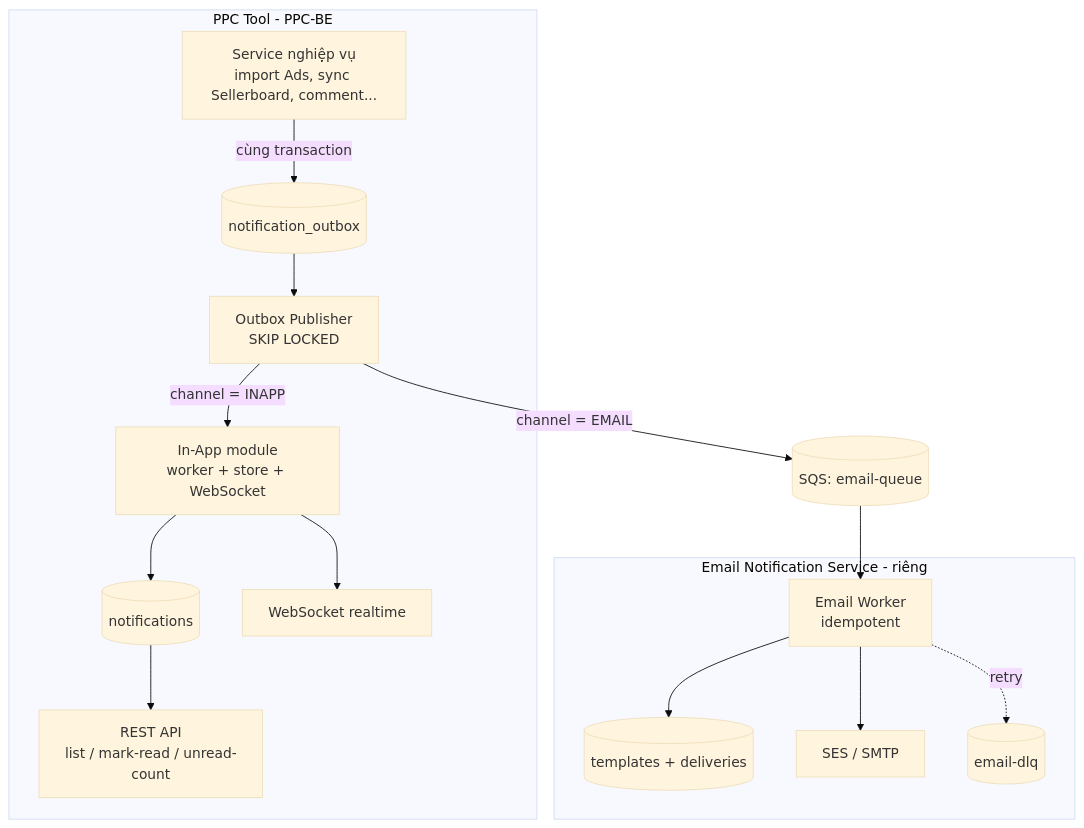
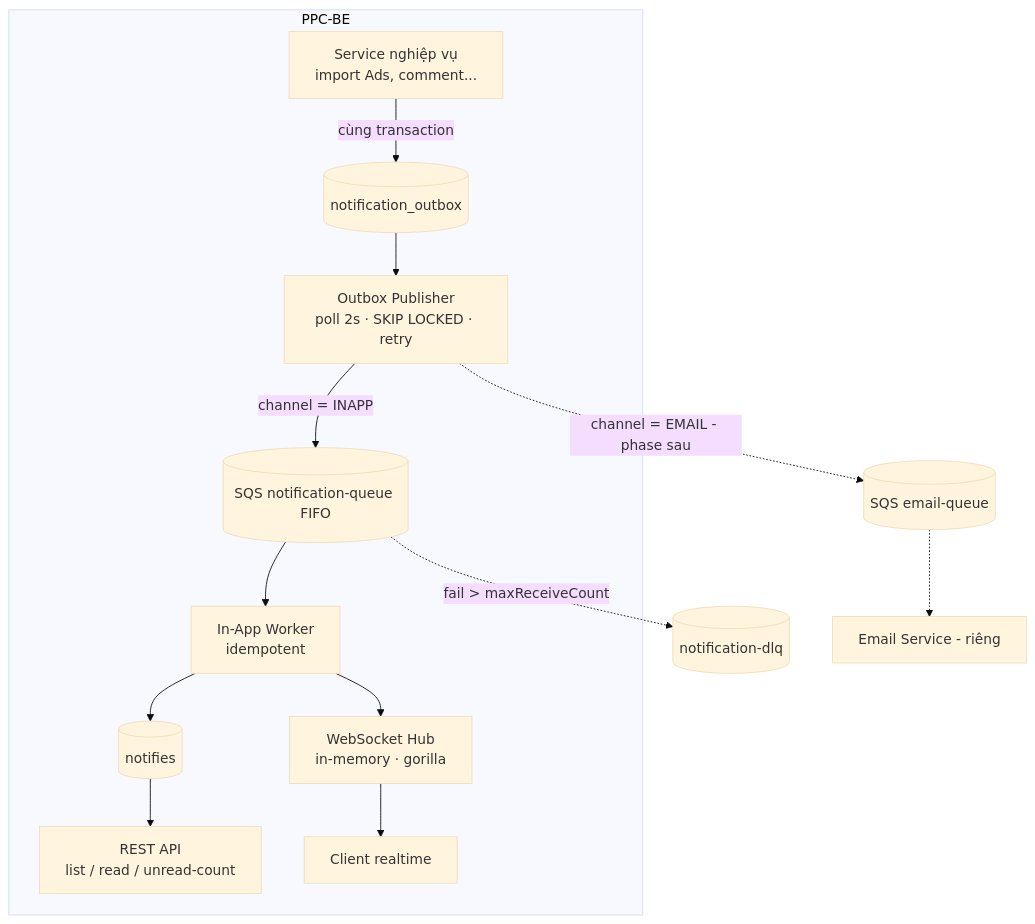
Before and after one commit to thanhncTeecom/View-Document-Readme: the first of 6 diagrams in technical-proposal-notification-system.md, drawn with Mermaid (base theme). The commit also changed other lines of this file, not shown here.

````diff
--- a/technical-proposal-notification-system.md
+++ b/technical-proposal-notification-system.md
@@ -36,28 +36,26 @@
 ```mermaid
 flowchart TD
-    subgraph PPC[PPC Tool - PPC-BE]
-        SVC[Service nghiệp vụ<br/>import Ads, sync Sellerboard, comment...]
+    subgraph PPC[PPC-BE]
+        SVC[Service nghiệp vụ<br/>import Ads, comment...]
         OB[(notification_outbox)]
-        INAPP[In-App module<br/>worker + store + WebSocket]
-        NDB[(notifications)]
-        PUB[Outbox Publisher<br/>SKIP LOCKED]
-        API[REST API<br/>list / mark-read / unread-count]
+        PUB[Outbox Publisher<br/>poll 2s · SKIP LOCKED · retry]
+        Q1[(SQS notification-queue FIFO)]
+        W[In-App Worker<br/>idempotent]
+        NDB[(notifies)]
+        HUB[WebSocket Hub<br/>in-memory · gorilla]
+        API[REST API<br/>list / read / unread-count]
+
         SVC -->|cùng transaction| OB
         OB --> PUB
-        PUB -->|channel = INAPP| INAPP
-        INAPP --> NDB
-        INAPP --> WS[WebSocket realtime]
+        PUB -->|channel = INAPP| Q1
+        Q1 --> W
+        W --> NDB
+        W --> HUB
+        HUB --> FE1[Client realtime]
         NDB --> API
     end
 
-    PUB -->|channel = EMAIL| Q[(SQS: email-queue)]
-
-    subgraph EMAIL[Email Notification Service - riêng]
-        EW[Email Worker<br/>idempotent]
-        TPL[(templates + deliveries)]
-        EW --> TPL
-        EW --> SES[SES / SMTP]
-        EW -. retry .-> DLQ[(email-dlq)]
-    end
-    Q --> EW
+    Q1 -. fail > maxReceiveCount .-> DLQ1[(notification-dlq)]
+    PUB -.->|channel = EMAIL - phase sau| Q2[(SQS email-queue)]
+    Q2 -.-> EMAIL[Email Service - riêng]
 ```
````
